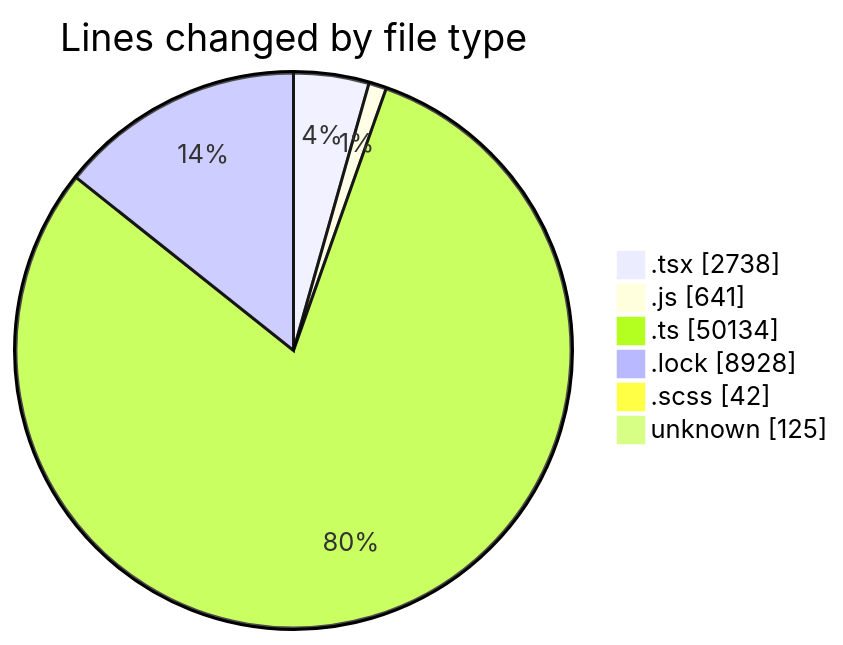
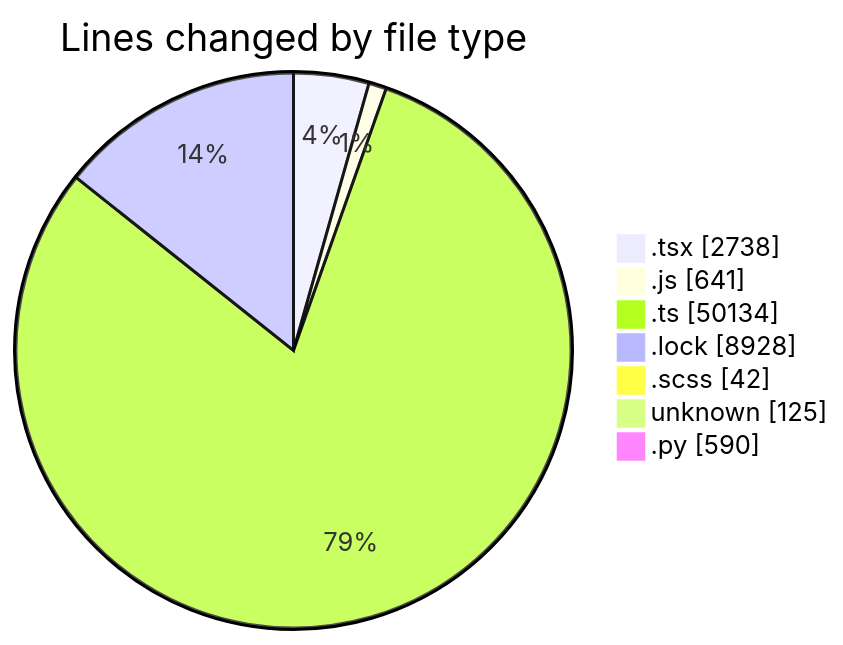
The first of 2 diagrams in 2026-09-16/cda/README.md (momahboobian/code-tracking), drawn with Mermaid before and after one commit. The commit also changed other lines of this file and 1 other file, not shown here.

````diff
--- a/2026-09-16/cda/README.md
+++ b/2026-09-16/cda/README.md
@@ -61,10 +62,11 @@
 ```mermaid
 pie showData
 title Lines changed by file type
 ".tsx" : 2738
 ".js" : 641
 ".ts" : 50134
 ".lock" : 8928
 ".scss" : 42
 "unknown" : 125
+".py" : 590
 ```
````
